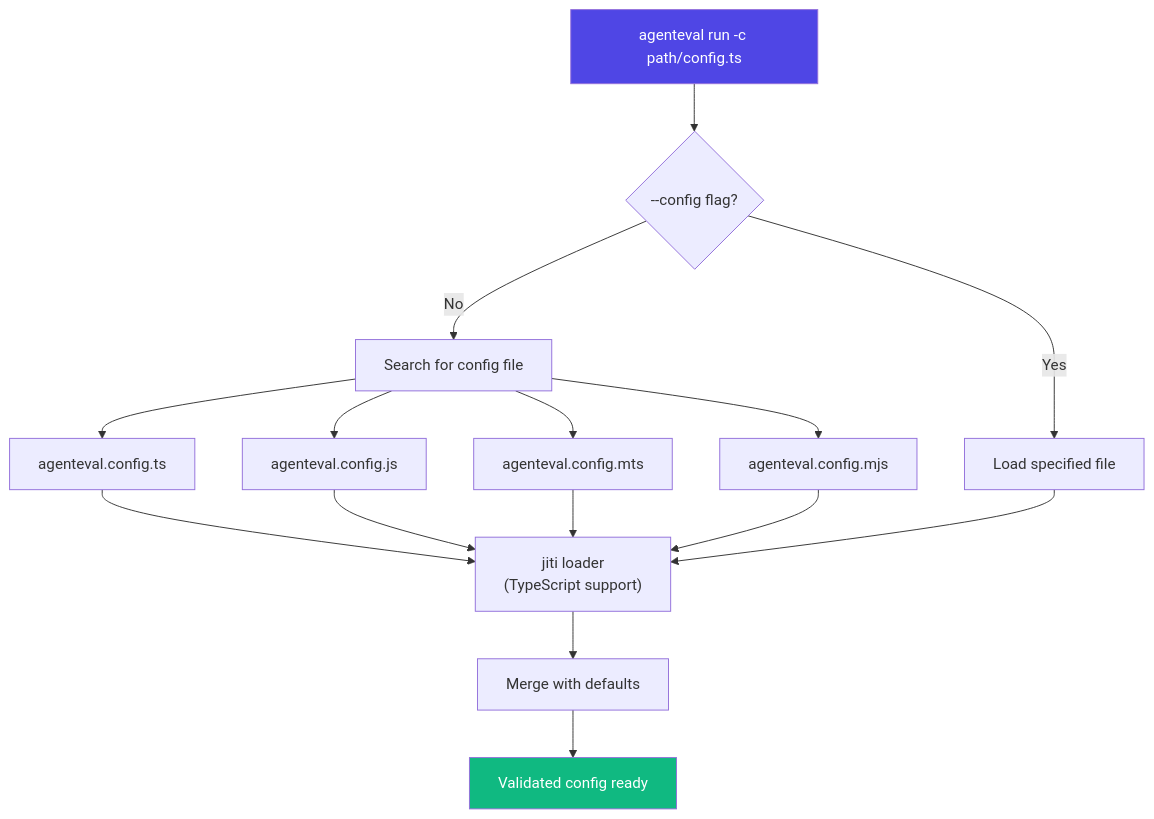
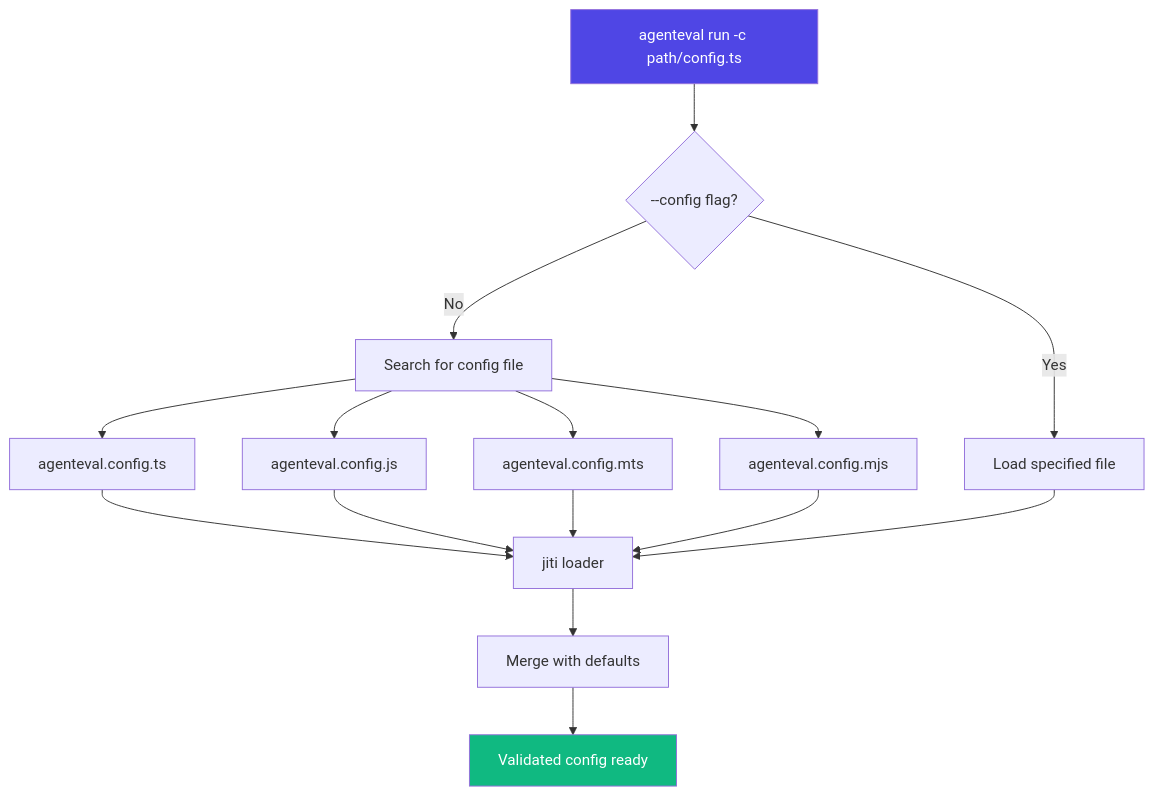
Before and after one commit to Tlahey/agent-eval: the diagram in apps/docs/guide/configuration.md, drawn with Mermaid. The commit also changed other lines of this file and 59 other files, not shown here.

````diff
--- a/apps/docs/guide/configuration.md
+++ b/apps/docs/guide/configuration.md
@@ -7,17 +7,17 @@
 ```mermaid
 flowchart TD
     A["agenteval run -c path/config.ts"] --> B{"--config flag?"}
     B -- Yes --> C["Load specified file"]
     B -- No --> D["Search for config file"]
     D --> E["agenteval.config.ts"]
     D --> F["agenteval.config.js"]
     D --> G["agenteval.config.mts"]
     D --> H["agenteval.config.mjs"]
-    E & F & G & H --> I["jiti loader<br/>(TypeScript support)"]
+    E & F & G & H --> I["jiti loader"]
     C --> I
     I --> J["Merge with defaults"]
     J --> K["Validated config ready"]
 
     style A fill:#4f46e5,color:#fff
     style K fill:#10b981,color:#fff
 ```
````
